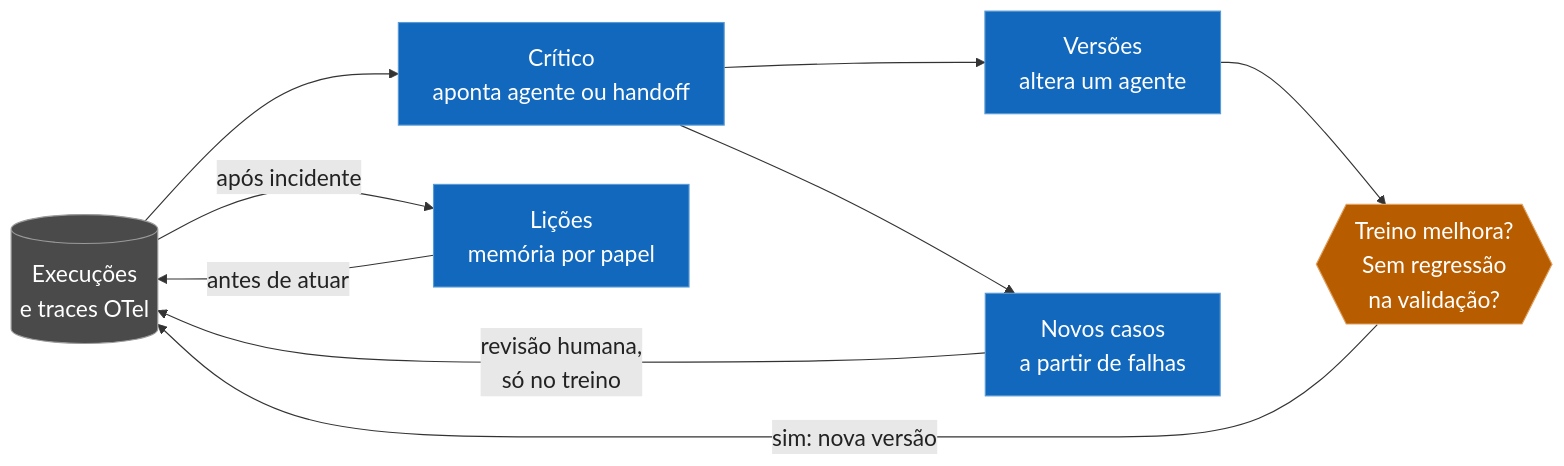
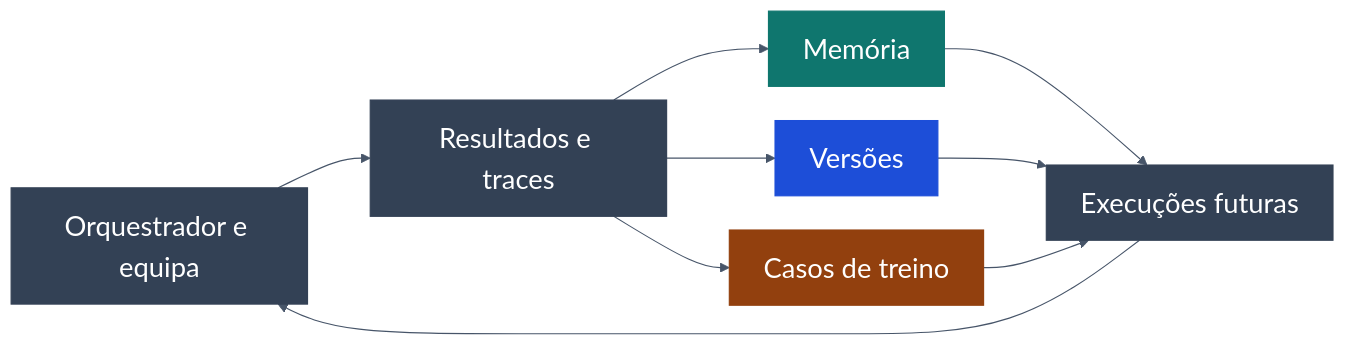
The diagram in projects/course-02-agentic-ai/presentation/diagrams/loops.mmd (joaoptpsa/gen-ai-course), drawn with Mermaid before and after one commit. The commit also changed 16 other files, not shown here.

```diff
--- a/projects/course-02-agentic-ai/presentation/diagrams/loops.mmd
+++ b/projects/course-02-agentic-ai/presentation/diagrams/loops.mmd
@@ -1,38 +1,32 @@
 ---
 config:
   layout: dagre
-  look: classic
   theme: base
   themeVariables:
-    fontSize: "20px"
-    lineColor: "#333333"
-    edgeLabelBackground: "#e8e8e8"
-    primaryTextColor: "#222222"
+    fontSize: "24px"
+    lineColor: "#475569"
   flowchart:
-    wrappingWidth: 260
-    nodeSpacing: 52
-    rankSpacing: 84
+    nodeSpacing: 30
+    rankSpacing: 55
 ---
 flowchart LR
-  runs[("Execuções<br/>e traces OTel")]
-  critic["Crítico<br/>aponta agente ou handoff"]
-  versions["Versões<br/>altera um agente"]
-  lessons["Lições<br/>memória por papel"]
-  cases["Novos casos<br/>a partir de falhas"]
-  gate{{"Treino melhora?<br/>Sem regressão<br/>na validação?"}}
+  execution["Orquestrador e equipa"]
+  evidence["Resultados e traces"]
+  memory["Memória"]
+  versions["Versões"]
+  cases["Casos de treino"]
+  future["Execuções futuras"]
 
-  runs --> critic
-  critic --> versions
-  versions --> gate
-  gate -->|"sim: nova versão"| runs
-  runs -->|"após incidente"| lessons
-  lessons -->|"antes de atuar"| runs
-  critic --> cases
-  cases -->|"revisão humana,<br/>só no treino"| runs
+  execution --> evidence
+  evidence --> memory & versions & cases
+  memory & versions & cases --> future
+  future --> execution
 
-  classDef agent fill:#1168bd,stroke:#5b9bd5,color:#ffffff
-  classDef gate fill:#b85c00,stroke:#e0a060,color:#ffffff
-  classDef store fill:#4a4a4a,stroke:#9a9a9a,color:#ffffff
-  class critic,versions,lessons,cases agent
-  class gate gate
-  class runs store
+  classDef neutral fill:#334155,stroke:#334155,color:#ffffff
+  class execution,evidence,future neutral
+  classDef memory fill:#0f766e,stroke:#0f766e,color:#ffffff
+  class memory memory
+  classDef version fill:#1d4ed8,stroke:#1d4ed8,color:#ffffff
+  class versions version
+  classDef training fill:#92400e,stroke:#92400e,color:#ffffff
+  class cases training
```
